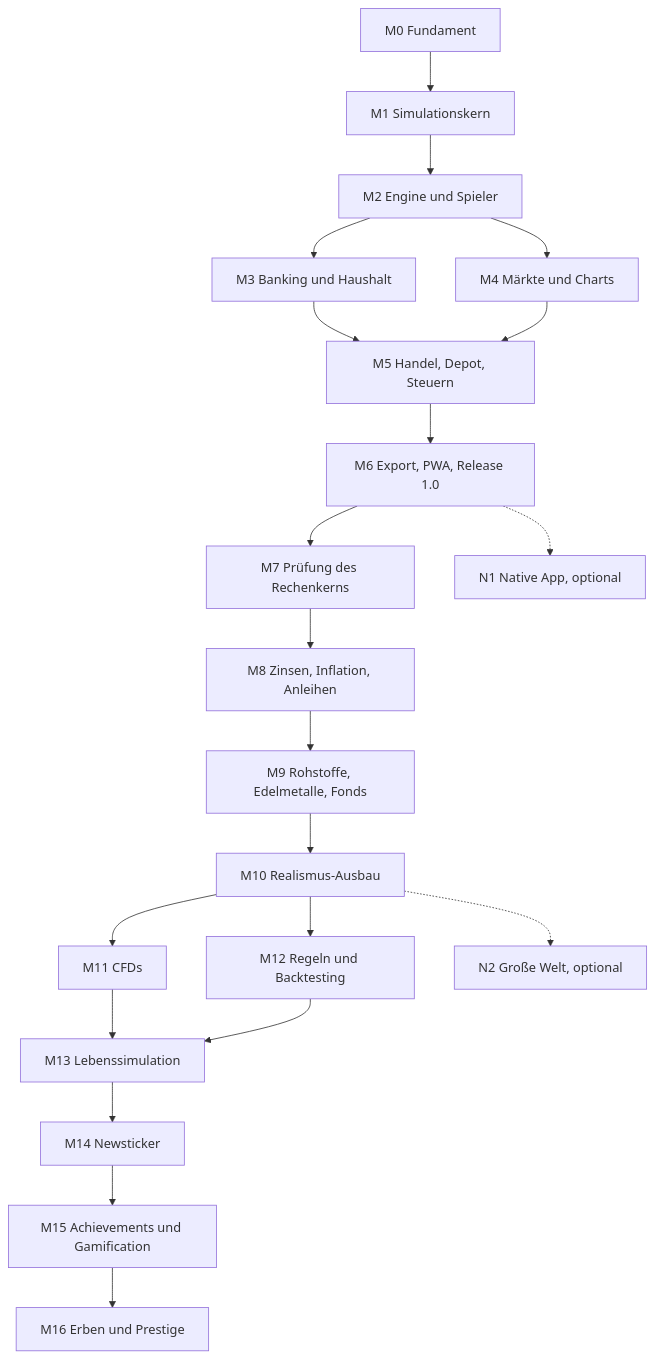
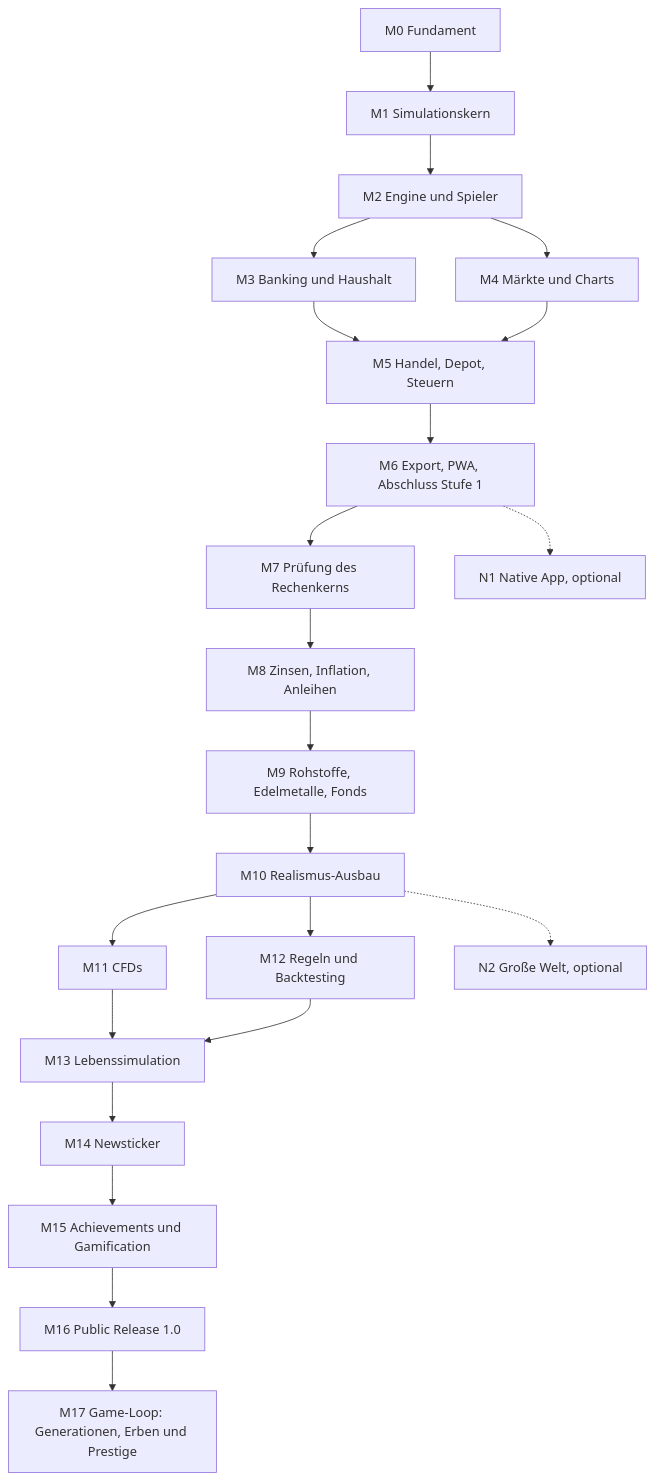
The first of 2 diagrams in docs/projektplan.md (algoristic/PortfoliGo), drawn with Mermaid before and after one commit. The commit also changed other lines of this file and 7 other files, not shown here.

First line of the commit message:
docs(plan): add the public release as M16 and move the game loop to M17

````diff
--- a/docs/projektplan.md
+++ b/docs/projektplan.md
@@ -22,23 +22,24 @@
 ```mermaid
 flowchart TD
   M0[M0 Fundament] --> M1[M1 Simulationskern]
   M1 --> M2[M2 Engine und Spieler]
   M2 --> M3[M3 Banking und Haushalt]
   M2 --> M4[M4 Märkte und Charts]
   M3 --> M5[M5 Handel, Depot, Steuern]
   M4 --> M5
-  M5 --> M6[M6 Export, PWA, Release 1.0]
+  M5 --> M6[M6 Export, PWA, Abschluss Stufe 1]
   M6 --> M7[M7 Prüfung des Rechenkerns]
   M7 --> M8[M8 Zinsen, Inflation, Anleihen]
   M8 --> M9[M9 Rohstoffe, Edelmetalle, Fonds]
   M9 --> M10[M10 Realismus-Ausbau]
   M10 --> M11[M11 CFDs]
   M10 --> M12[M12 Regeln und Backtesting]
   M11 --> M13[M13 Lebenssimulation]
   M12 --> M13
   M13 --> M14[M14 Newsticker]
   M14 --> M15[M15 Achievements und Gamification]
-  M15 --> M16[M16 Erben und Prestige]
+  M15 --> M16[M16 Public Release 1.0]
+  M16 --> M17[M17 Game-Loop: Generationen, Erben und Prestige]
   M6 -.-> N1[N1 Native App, optional]
   M10 -.-> N2[N2 Große Welt, optional]
 ```
````
